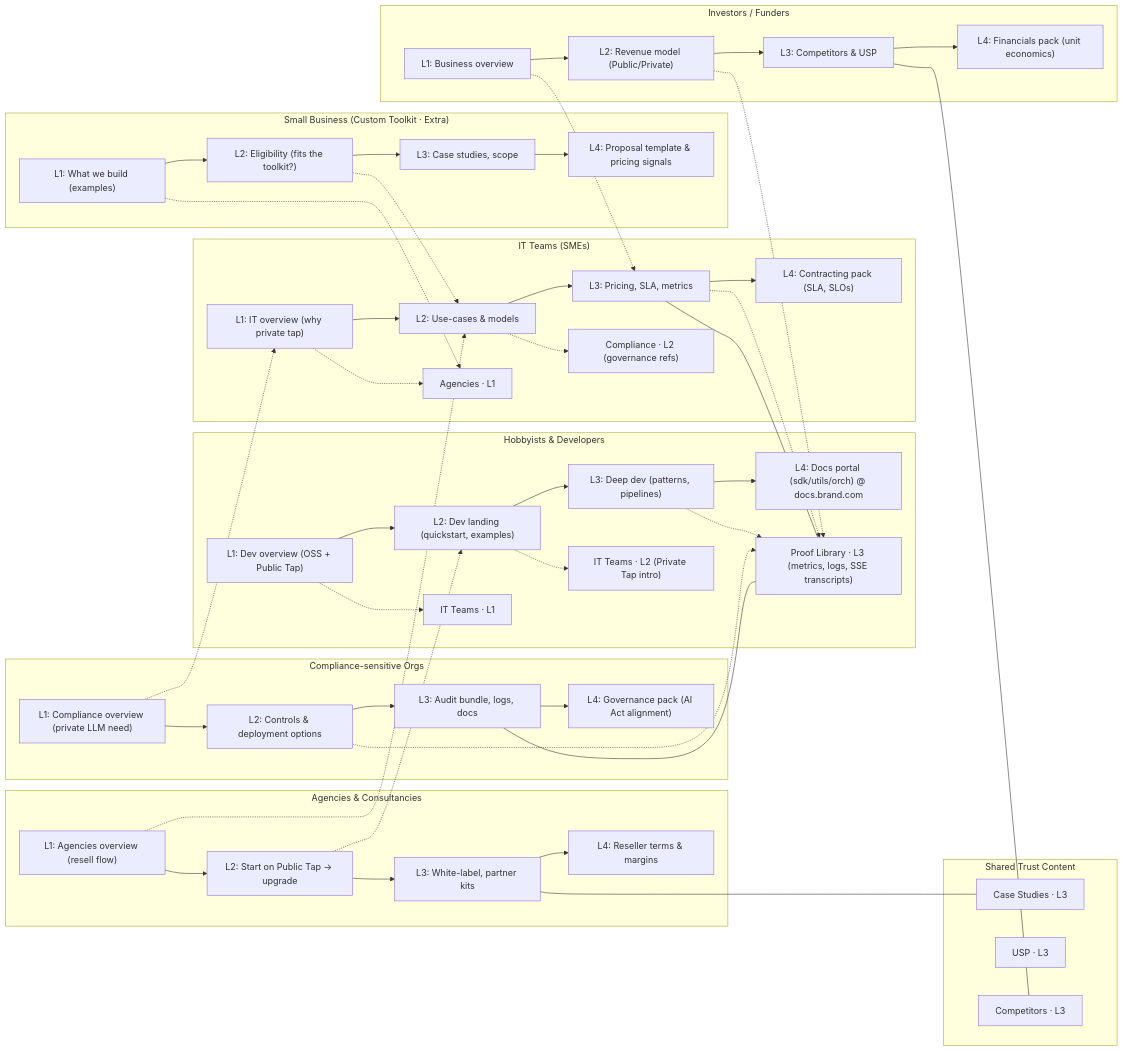
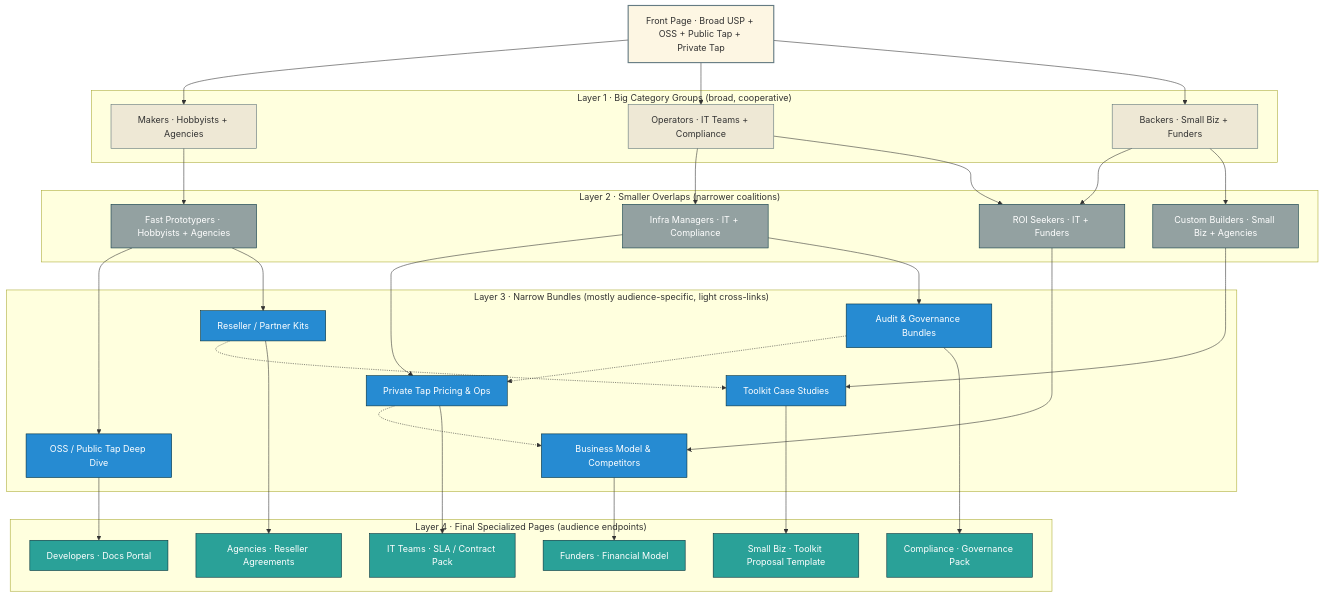
Before and after one commit to veighnsche/llama-orch: the diagram in consumers/.business/ondernemersplan_NL_nl/.002-draft/mesh-site-architecture.md, drawn with Mermaid. The commit also changed other lines of this file and 2 other files, not shown here.

Commit message:
refactor: simplify site architecture with layered audience groups and cleaner navigation flow

`````diff
--- a/consumers/.business/ondernemersplan_NL_nl/.002-draft/mesh-site-architecture.md
+++ b/consumers/.business/ondernemersplan_NL_nl/.002-draft/mesh-site-architecture.md
@@ -120,73 +87,75 @@
 ```mermaid
-flowchart LR
-  %% DEVELOPERS
-  subgraph DEV["Hobbyists & Developers"]
-    D1["L1: Dev overview (OSS + Public Tap)"] --> D2["L2: Dev landing (quickstart, examples)"]
-    D2 --> D3["L3: Deep dev (patterns, pipelines)"]
-    D3 --> D4["L4: Docs portal (sdk/utils/orch) @ docs.brand.com"]
-    %% Dev cross links (taper)
-    D1 -.-> IT1["IT Teams · L1"]
-    D2 -.-> IT2["IT Teams · L2 (Private Tap intro)"]
-    D3 -.-> PR1["Proof Library · L3"]
+flowchart TB
+
+  %% Layer 0
+  L0["Front Page · Broad USP + OSS + Public Tap + Private Tap"]:::layer0
+
+  %% Layer 1 — Big Groups
+  subgraph L1["Layer 1 · Big Category Groups (broad, cooperative)"]
+    MAKERS["Makers · Hobbyists + Agencies"]:::layer1
+    OPERATORS["Operators · IT Teams + Compliance"]:::layer1
+    BACKERS["Backers · Small Biz + Funders"]:::layer1
   end
 
-  %% IT TEAMS
-  subgraph IT["IT Teams (SMEs)"]
-    I1["L1: IT overview (why private tap)"] --> I2["L2: Use-cases & models"]
-    I2 --> I3["L3: Pricing, SLA, metrics"]
-    I3 --> I4["L4: Contracting pack (SLA, SLOs)"]
-    I1 -.-> A1["Agencies · L1"]
-    I2 -.-> C2["Compliance · L2 (governance refs)"]
-    I3 -.-> PR1
+  L0 --> MAKERS
+  L0 --> OPERATORS
+  L0 --> BACKERS
+
+  %% Layer 2 — Smaller Overlap Groups
+  subgraph L2["Layer 2 · Smaller Overlaps (narrower coalitions)"]
+    M1["Fast Prototypers · Hobbyists + Agencies"]:::layer2
+    O1["Infra Managers · IT + Compliance"]:::layer2
+    B1["ROI Seekers · IT + Funders"]:::layer2
+    B2["Custom Builders · Small Biz + Agencies"]:::layer2
   end
 
-  %% AGENCIES
-  subgraph AG["Agencies & Consultancies"]
-    A1A["L1: Agencies overview (resell flow)"] --> A2["L2: Start on Public Tap → upgrade"]
-    A2 --> A3["L3: White-label, partner kits"]
-    A3 --> A4["L4: Reseller terms & margins"]
-    A1A -.-> I2
-    A2 -.-> D2
+  MAKERS --> M1
+  OPERATORS --> O1
+  BACKERS --> B1
+  BACKERS --> B2
+  OPERATORS --> B1
+
+  %% Layer 3 — Narrow Bundles
+  subgraph L3["Layer 3 · Narrow Bundles (mostly audience-specific, light cross-links)"]
+    DEV_DEEP["OSS / Public Tap Deep Dive"]:::layer3
+    IT_DEEP["Private Tap Pricing & Ops"]:::layer3
+    AGENCY_DEEP["Reseller / Partner Kits"]:::layer3
+    COMPLIANCE_DEEP["Audit & Governance Bundles"]:::layer3
+    FUNDING_DEEP["Business Model & Competitors"]:::layer3
+    SMB_DEEP["Toolkit Case Studies"]:::layer3
   end
 
-  %% COMPLIANCE
-  subgraph COM["Compliance-sensitive Orgs"]
-    C1A["L1: Compliance overview (private LLM need)"] --> C2A["L2: Controls & deployment options"]
-    C2A --> C3["L3: Audit bundle, logs, docs"]
-    C3 --> C4["L4: Governance pack (AI Act alignment)"]
-    C1A -.-> I1
-    C2A -.-> PR1
+  M1 --> DEV_DEEP
+  M1 --> AGENCY_DEEP
+  O1 --> IT_DEEP
+  O1 --> COMPLIANCE_DEEP
+  B1 --> FUNDING_DEEP
+  B2 --> SMB_DEEP
+  AGENCY_DEEP -.-> SMB_DEEP
+  IT_DEEP -.-> FUNDING_DEEP
+  COMPLIANCE_DEEP -.-> IT_DEEP
+
+  %% Layer 4 — Unique Endpoints
+  subgraph L4["Layer 4 · Final Specialized Pages (audience endpoints)"]
+    DEV_DOCS["Developers · Docs Portal"]:::layer4
+    IT_SLA["IT Teams · SLA / Contract Pack"]:::layer4
+    AGENCY_PARTNER["Agencies · Reseller Agreements"]:::layer4
+    COMPLIANCE_PACK["Compliance · Governance Pack"]:::layer4
+    SMB_PROPOSAL["Small Biz · Toolkit Proposal Template"]:::layer4
+    FUNDERS_FIN["Funders · Financial Model"]:::layer4
   end
 
-  %% SMALL BUSINESS
-  subgraph SMB["Small Business (Custom Toolkit · Extra)"]
-    S1["L1: What we build (examples)"] --> S2["L2: Eligibility (fits the toolkit?)"]
-    S2 --> S3["L3: Case studies, scope"]
-    S3 --> S4["L4: Proposal template & pricing signals"]
-    S1 -.-> A1
-    S2 -.-> I2
-  end
+  DEV_DEEP --> DEV_DOCS
+  IT_DEEP --> IT_SLA
+  AGENCY_DEEP --> AGENCY_PARTNER
+  COMPLIANCE_DEEP --> COMPLIANCE_PACK
+  SMB_DEEP --> SMB_PROPOSAL
+  FUNDING_DEEP --> FUNDERS_FIN
 
-  %% FUNDERS
-  subgraph FUN["Investors / Funders"]
-    F1A["L1: Business overview"] --> F2["L2: Revenue model (Public/Private)"]
-    F2 --> F3["L3: Competitors & USP"]
-    F3 --> F4["L4: Financials pack (unit economics)"]
-    F1A -.-> I3
-    F2 -.-> PR1
-  end
-
-  %% SHARED PROOF/RESOURCES
-  subgraph SHARED["Shared Trust Content"]
-    PR1["Proof Library · L3 (metrics, logs, SSE transcripts)"]
-    CS1["Case Studies · L3"]
-    USP["USP · L3"]
-    COMP["Competitors · L3"]
-  end
-
-  %% Some shared references
-  I3 --- PR1
-  A3 --- CS1
-  F3 --- COMP
-  C3 --- PR1
-```
+  %% Styles
+  classDef layer0 fill:#fdf6e3,stroke:#657b83,stroke-width:2px;
+  classDef layer1 fill:#eee8d5,stroke:#586e75;
+  classDef layer2 fill:#93a1a1,stroke:#073642,color:#fff;
+  classDef layer3 fill:#268bd2,stroke:#002b36,color:#fff;
+  classDef layer4 fill:#2aa198,stroke:#002b36,color:#fff;
+````
`````
